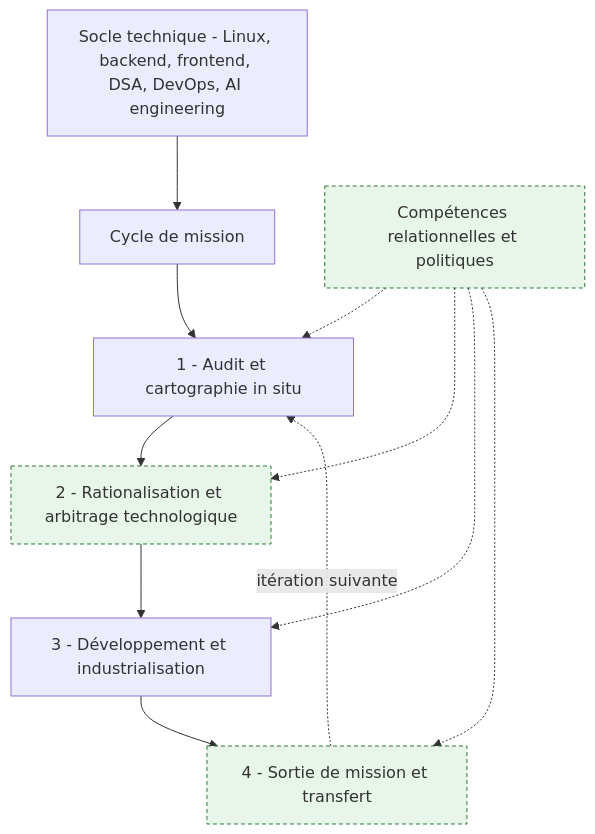
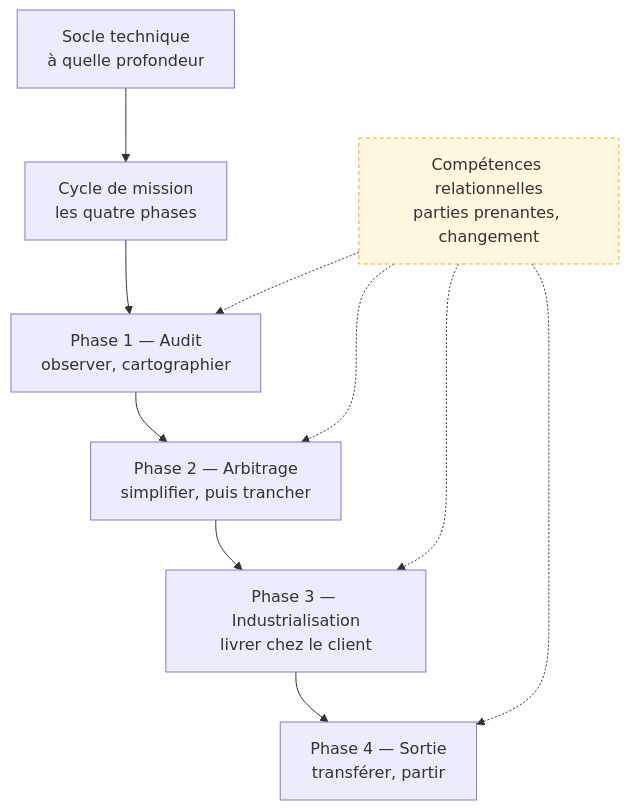
Before and after one commit to floSa/Atlas-Metiers-Roadmaps: the diagram in content/parcours/forward-deployed-engineer/index.md, drawn with Mermaid. The commit also changed other lines of this file and 1 other file, not shown here.

Commit message:
Gabarit de page metier : roadmap Mermaid cliquable et suivi de progression a cocher

````diff
--- a/content/parcours/forward-deployed-engineer/index.md
+++ b/content/parcours/forward-deployed-engineer/index.md
@@ -28,14 +15,23 @@
 ```mermaid
 flowchart TD
-  S["Socle technique - Linux, backend, frontend, DSA, DevOps, AI engineering"] --> C["Cycle de mission"]
-  C --> P1["1 - Audit et cartographie in situ"]
-  P1 --> P2["2 - Rationalisation et arbitrage technologique"]:::ajout
-  P2 --> P3["3 - Développement et industrialisation"]
-  P3 --> P4["4 - Sortie de mission et transfert"]:::ajout
-  P4 -.->|"itération suivante"| P1
-  R["Compétences relationnelles et politiques"]:::ajout -.-> P1
+  S["Socle technique<br/>à quelle profondeur"] --> C["Cycle de mission<br/>les quatre phases"]
+  C --> P1["Phase 1 — Audit<br/>observer, cartographier"]
+  P1 --> P2["Phase 2 — Arbitrage<br/>simplifier, puis trancher"]
+  P2 --> P3["Phase 3 — Industrialisation<br/>livrer chez le client"]
+  P3 --> P4["Phase 4 — Sortie<br/>transférer, partir"]
+  R["Compétences relationnelles<br/>parties prenantes, changement"] -.-> P1
   R -.-> P2
   R -.-> P3
   R -.-> P4
-  classDef ajout fill:#e8f5e9,stroke:#2e7d32,stroke-width:1px,stroke-dasharray:4 3
+
+  click S "/parcours/forward-deployed-engineer/socle-technique"
+  click C "/parcours/forward-deployed-engineer/cycle-mission"
+  click P1 "/parcours/forward-deployed-engineer/audit-et-cartographie"
+  click P2 "/parcours/forward-deployed-engineer/arbitrage-technologique"
+  click P3 "/parcours/forward-deployed-engineer/industrialisation"
+  click P4 "/parcours/forward-deployed-engineer/sortie-de-mission"
+  click R "/parcours/forward-deployed-engineer/competences-relationnelles"
+
+  classDef transverse fill:#fff8e1,stroke:#f9a825,stroke-width:1px,stroke-dasharray:4 3
+  class R transverse
 ```
````
